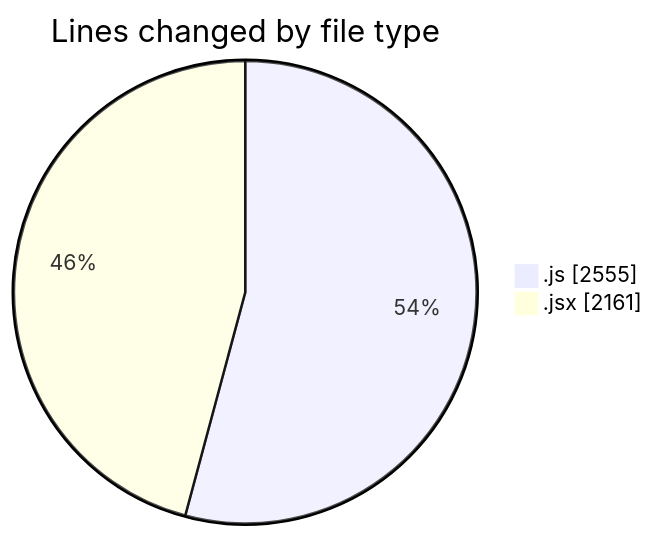
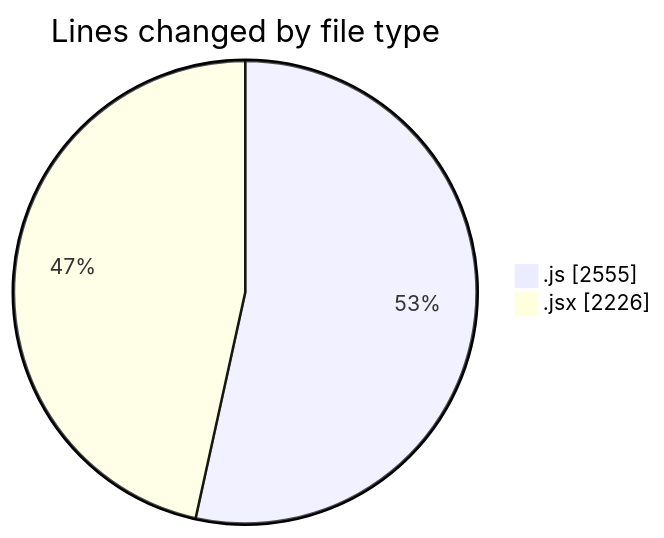
Before and after one commit to nxtqubesakshisongat/code-tracking: the first of 2 diagrams in 2025-08-28/nxtqube_webapp/README.md, drawn with Mermaid. The commit also changed other lines of this file and 1 other file, not shown here.

````diff
--- a/2025-08-28/nxtqube_webapp/README.md
+++ b/2025-08-28/nxtqube_webapp/README.md
@@ -25,6 +25,6 @@
 ```mermaid
 pie showData
 title Lines changed by file type
 ".js" : 2555
-".jsx" : 2161
+".jsx" : 2226
 ```
````
